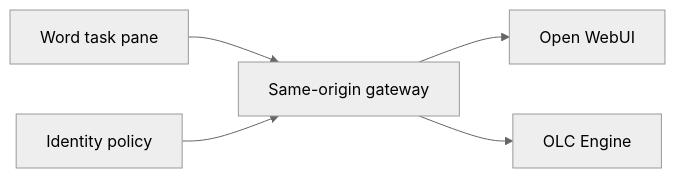
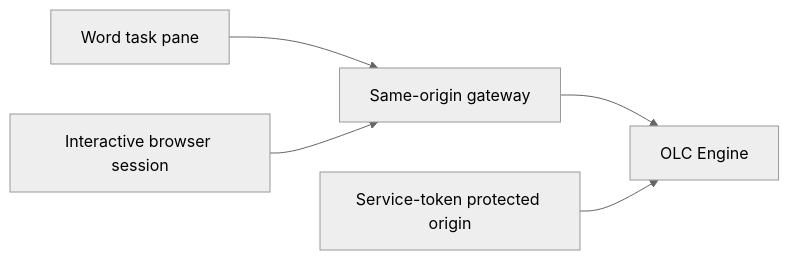
Before and after one commit to OpenLegalCore/olc-word-connector: the diagram in docs/INTEGRATION.md, drawn with Mermaid (neutral theme). The commit also changed other lines of this file and 35 other files, not shown here.

````diff
--- a/docs/INTEGRATION.md
+++ b/docs/INTEGRATION.md
@@ -32,7 +23,7 @@
 ```mermaid
 flowchart LR
     Word["Word task pane"] --> Gateway["Same-origin gateway"]
-    Gateway --> OWUI["Open WebUI"]
     Gateway --> Engine["OLC Engine"]
-    Identity["Identity policy"] --> Gateway
+    Identity["Interactive browser session"] --> Gateway
+    Access["Service-token protected origin"] --> Engine
 ```
````
